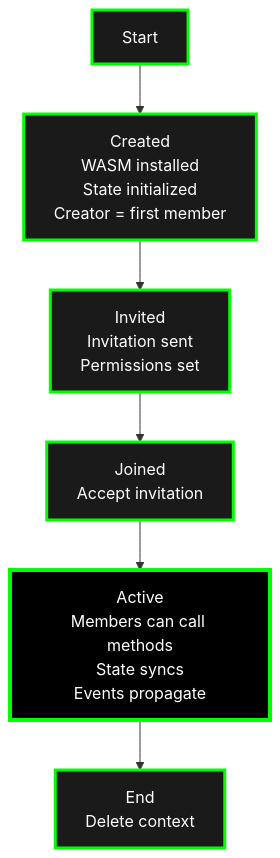
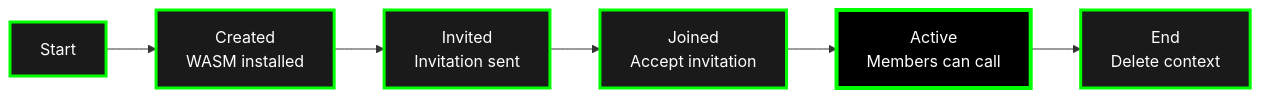
The first of 2 diagrams in docs/core-concepts/contexts.md (calimero-network/docs), drawn with Mermaid before and after one commit. The commit also changed 6 other files, not shown here.

````diff
--- a/docs/core-concepts/contexts.md
+++ b/docs/core-concepts/contexts.md
@@ -16,15 +16,15 @@
 ```mermaid
-flowchart TD
-    START[Start] --> CREATED[Created<br/>WASM installed<br/>State initialized<br/>Creator = first member]
-    CREATED --> INVITED[Invited<br/>Invitation sent<br/>Permissions set]
+flowchart LR
+    START[Start] --> CREATED[Created<br/>WASM installed]
+    CREATED --> INVITED[Invited<br/>Invitation sent]
     INVITED --> JOINED[Joined<br/>Accept invitation]
-    JOINED --> ACTIVE[Active<br/>Members can call methods<br/>State syncs<br/>Events propagate]
+    JOINED --> ACTIVE[Active<br/>Members can call]
     ACTIVE --> END[End<br/>Delete context]
     
     style START fill:#1a1a1a,stroke:#00ff00,stroke-width:3px,color:#ffffff
     style CREATED fill:#1a1a1a,stroke:#00ff00,stroke-width:3px,color:#ffffff
     style INVITED fill:#1a1a1a,stroke:#00ff00,stroke-width:3px,color:#ffffff
     style JOINED fill:#1a1a1a,stroke:#00ff00,stroke-width:3px,color:#ffffff
     style ACTIVE fill:#000000,stroke:#00ff00,stroke-width:4px,color:#ffffff
     style END fill:#1a1a1a,stroke:#00ff00,stroke-width:3px,color:#ffffff
 ```
````
